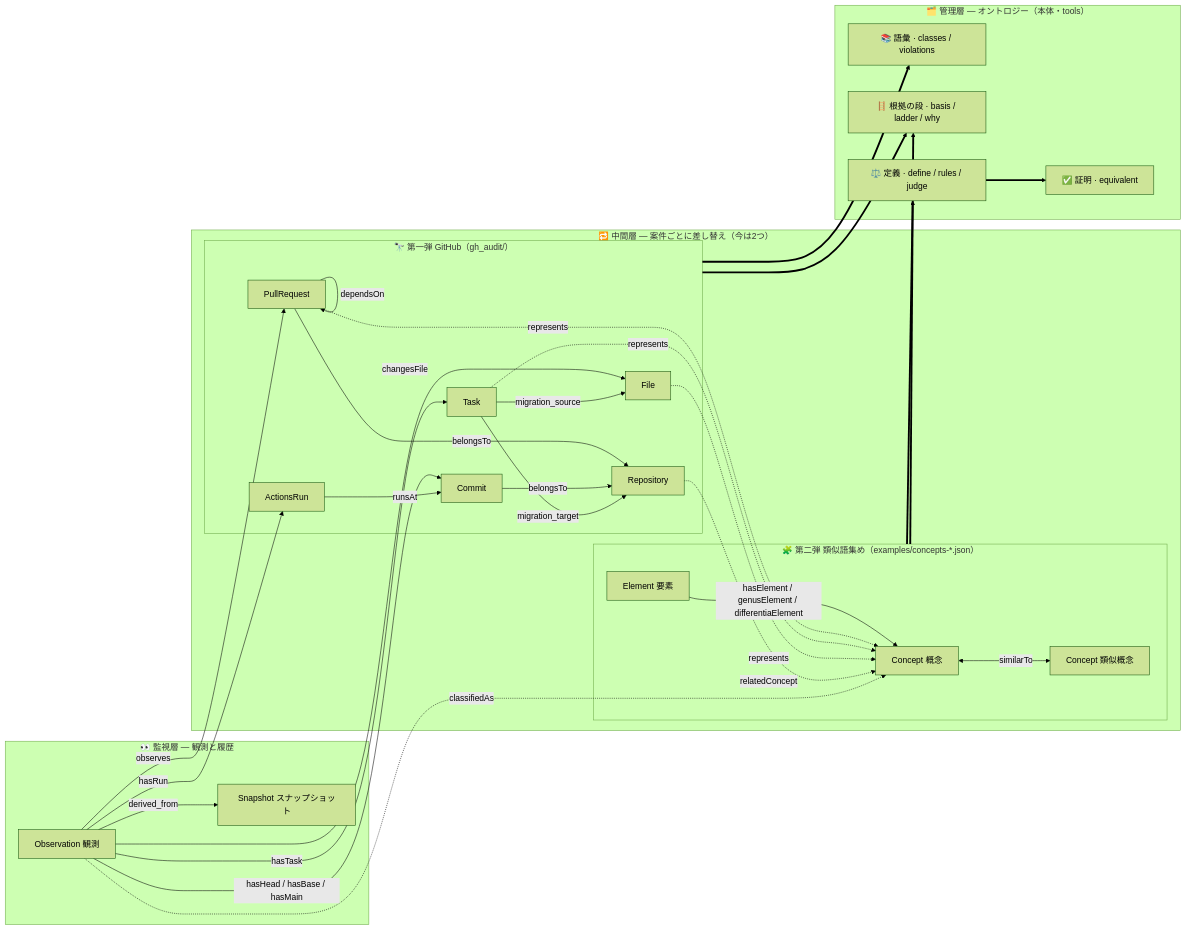
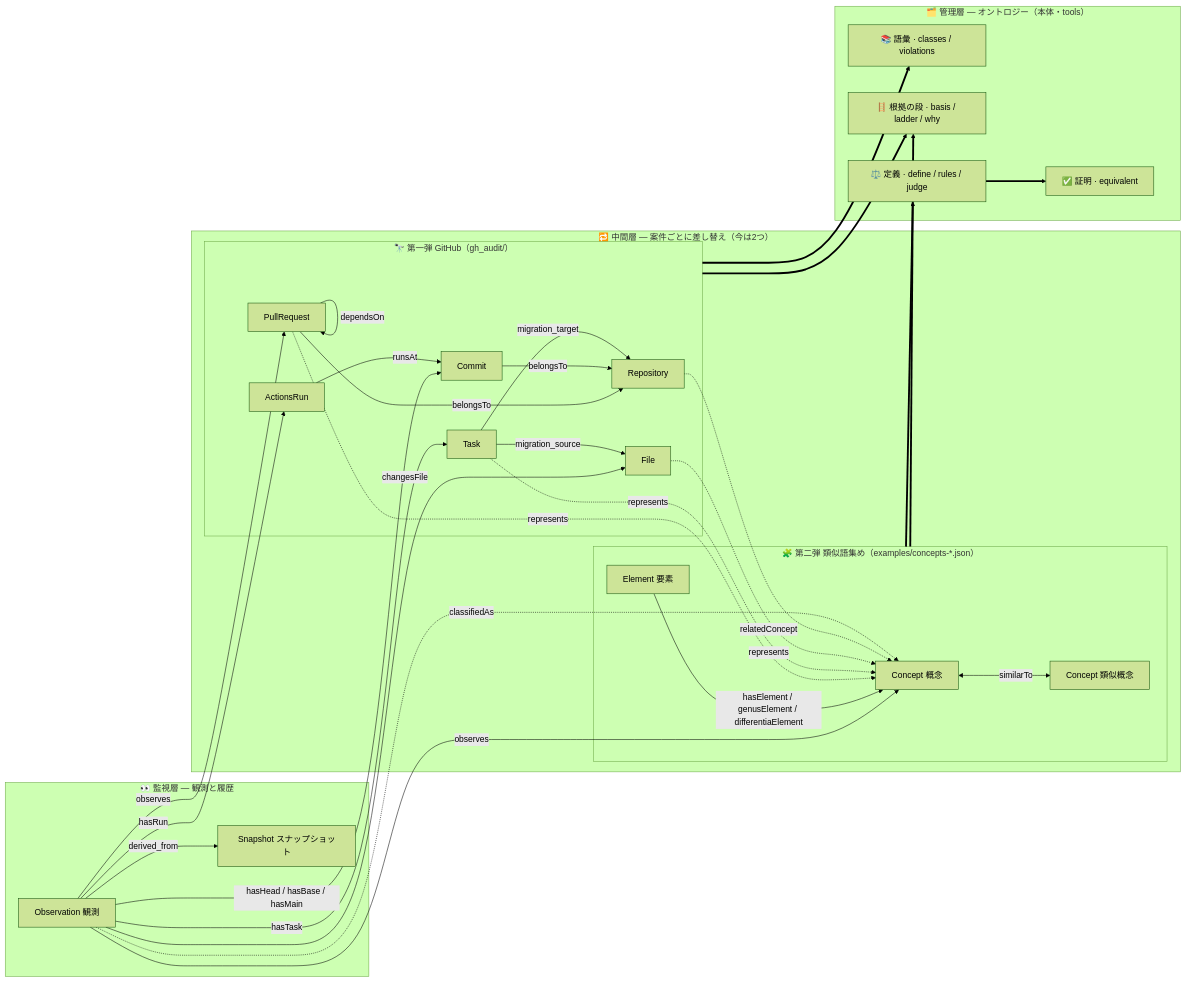
The first of 4 diagrams in README.md (myon-bioinformatics/OnTautoLogy), drawn with Mermaid (forest theme) before and after one commit. The commit also changed other lines of this file and 3 other files, not shown here.

````diff
--- a/README.md
+++ b/README.md
@@ -16,52 +16,53 @@
 ```mermaid
 flowchart LR
   subgraph WATCH["👀 監視層 — 観測と履歴"]
     O[Observation 観測]
     N[Snapshot スナップショット]
   end
   subgraph MID["🔁 中間層 — 案件ごとに差し替え（今は2つ）"]
     subgraph GH["🔭 第一弾 GitHub（gh_audit/）"]
       P[PullRequest]
       W[ActionsRun]
       C[Commit]
       T[Task]
       R[Repository]
       F[File]
     end
     subgraph SIM["🧩 第二弾 類似語集め（examples/concepts-*.json）"]
       E[Element 要素]
       K[Concept 概念]
       S[Concept 類似概念]
     end
   end
   subgraph MGMT["🗂️ 管理層 — オントロジー（本体・tools）"]
     V["📚 語彙 · classes / violations"]
     L["🪜 根拠の段 · basis / ladder / why"]
     D["⚖️ 定義 · define / rules / judge"]
     Q["✅ 証明 · equivalent"]
   end
   O -->|derived_from| N
   O -->|observes| P
+  O -->|observes| K
   O -->|hasHead / hasBase / hasMain| C
   O -->|hasRun| W
   O -->|changesFile| F
   O -->|hasTask| T
   P -->|dependsOn| P
   W -->|runsAt| C
   P -->|belongsTo| R
   C -->|belongsTo| R
   T -->|migration_source| F
   T -->|migration_target| R
   E -->|hasElement / genusElement / differentiaElement| K
   K <-->|similarTo| S
   GH ==> V
   GH ==> L
   SIM ==> L
   SIM ==> D
   D ==> Q
   P -.->|represents| K
   T -.->|represents| K
   F -.->|represents| K
   R -.->|relatedConcept| K
   O -.->|classifiedAs| K
 ```
````
